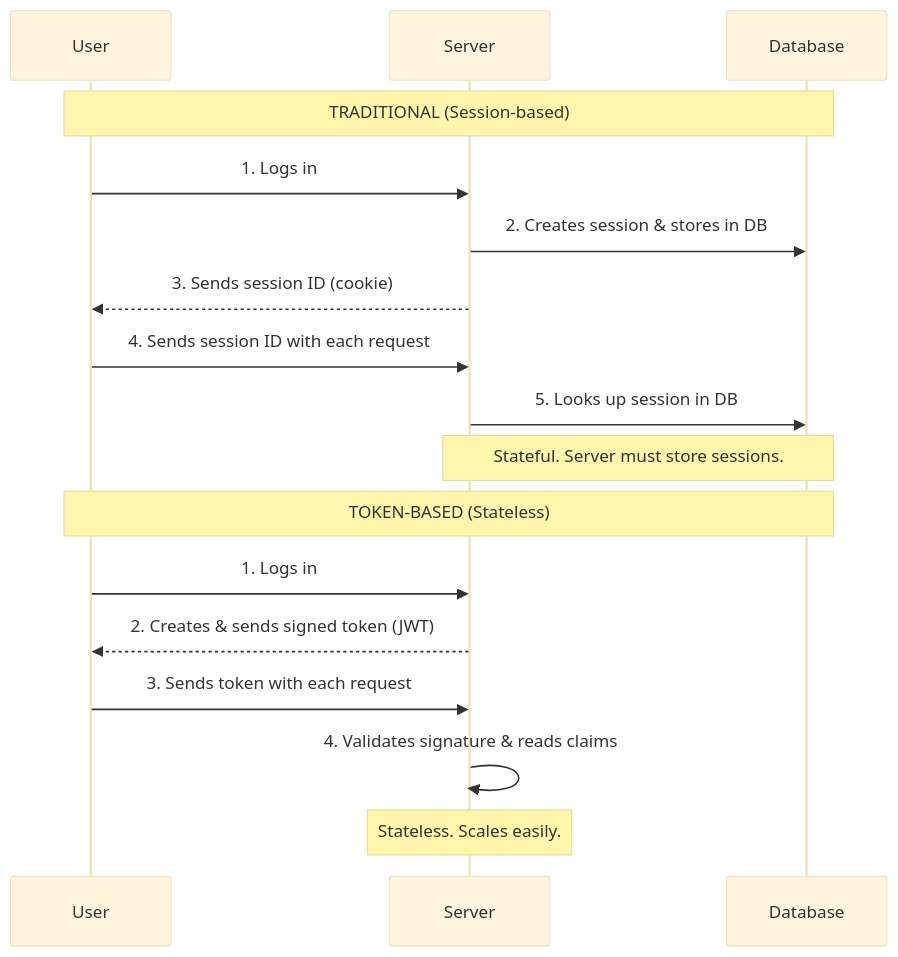
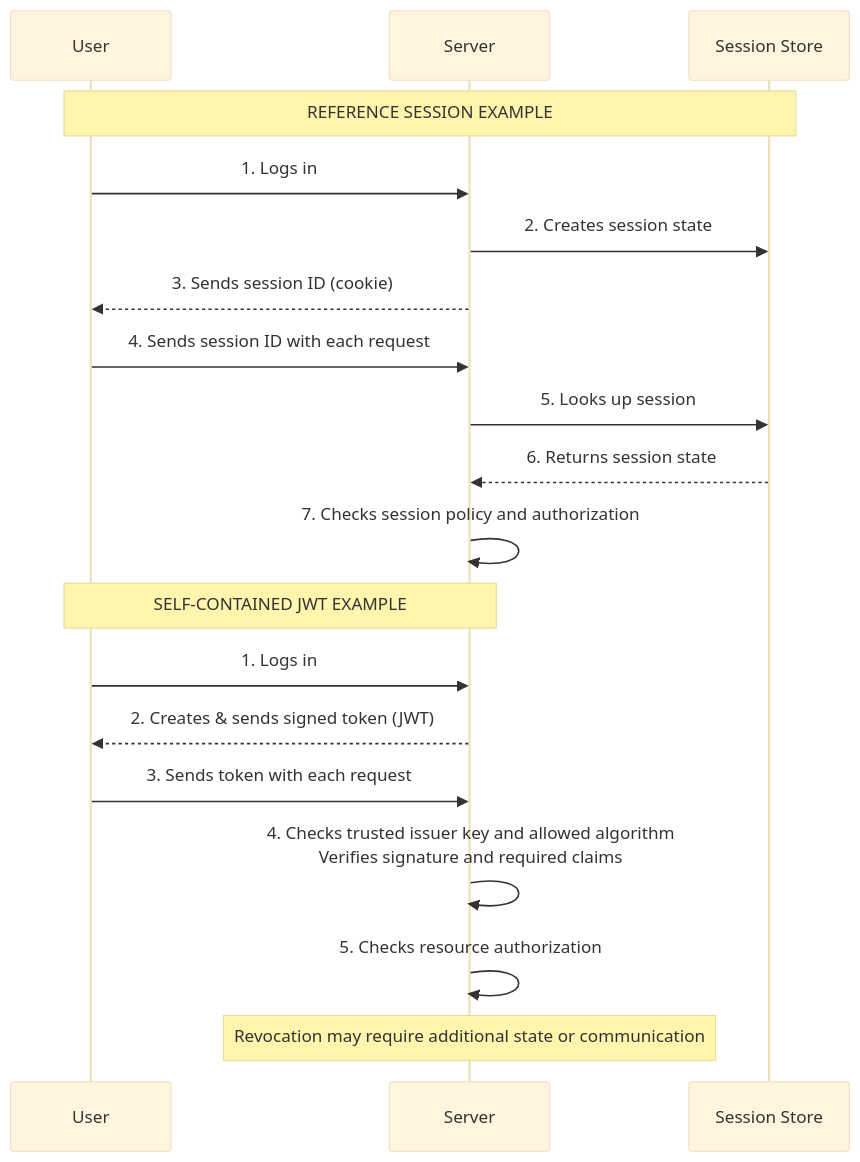
The second of 4 diagrams in src/content/docs/platform/foundations/security-principles/module-4.3-identity-and-access.md (kube-dojo/kube-dojo.github.io), drawn with Mermaid (base theme) before and after one commit. The commit also changed other lines of this file, not shown here.

Commit message:
content(iam): distinguish sessions, token validation and revocation (#3527)

````diff
--- a/src/content/docs/platform/foundations/security-principles/module-4.3-identity-and-access.md
+++ b/src/content/docs/platform/foundations/security-principles/module-4.3-identity-and-access.md
@@ -356,21 +356,23 @@
 ```mermaid
 sequenceDiagram
     participant User
     participant Server
-    participant DB as Database
+    participant Store as Session Store
 
-    Note over User,DB: TRADITIONAL (Session-based)
+    Note over User,Store: REFERENCE SESSION EXAMPLE
     User->>Server: 1. Logs in
-    Server->>DB: 2. Creates session & stores in DB
+    Server->>Store: 2. Creates session state
     Server-->>User: 3. Sends session ID (cookie)
     User->>Server: 4. Sends session ID with each request
-    Server->>DB: 5. Looks up session in DB
-    Note over Server,DB: Stateful. Server must store sessions.
+    Server->>Store: 5. Looks up session
+    Store-->>Server: 6. Returns session state
+    Server->>Server: 7. Checks session policy and authorization
 
-    Note over User,DB: TOKEN-BASED (Stateless)
+    Note over User,Server: SELF-CONTAINED JWT EXAMPLE
     User->>Server: 1. Logs in
     Server-->>User: 2. Creates & sends signed token (JWT)
     User->>Server: 3. Sends token with each request
-    Server->>Server: 4. Validates signature & reads claims
-    Note over Server: Stateless. Scales easily.
+    Server->>Server: 4. Checks trusted issuer key and allowed algorithm<br/>Verifies signature and required claims
+    Server->>Server: 5. Checks resource authorization
+    Note over Server: Revocation may require additional state or communication
 ```
````
